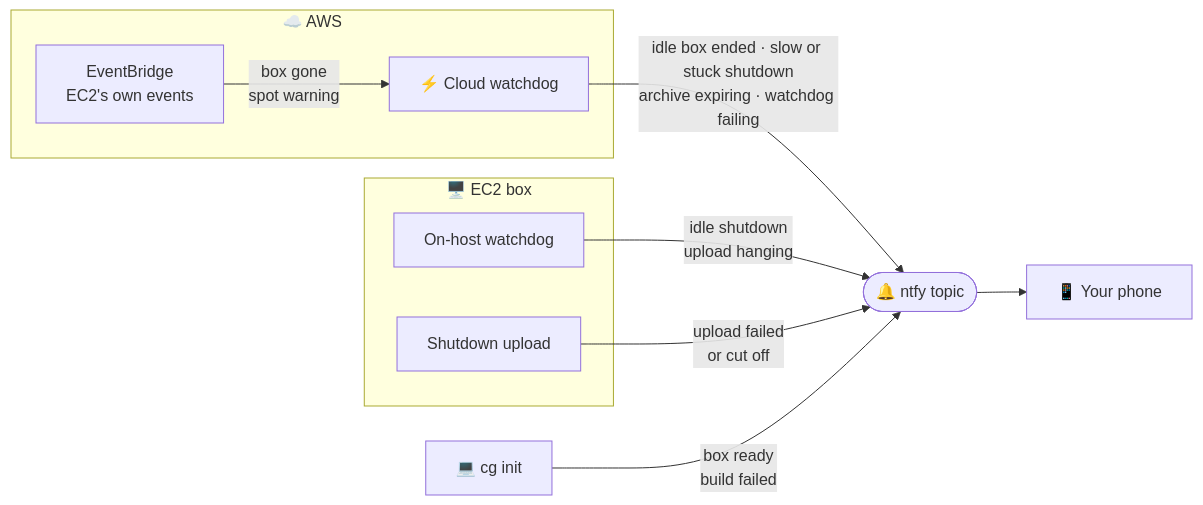
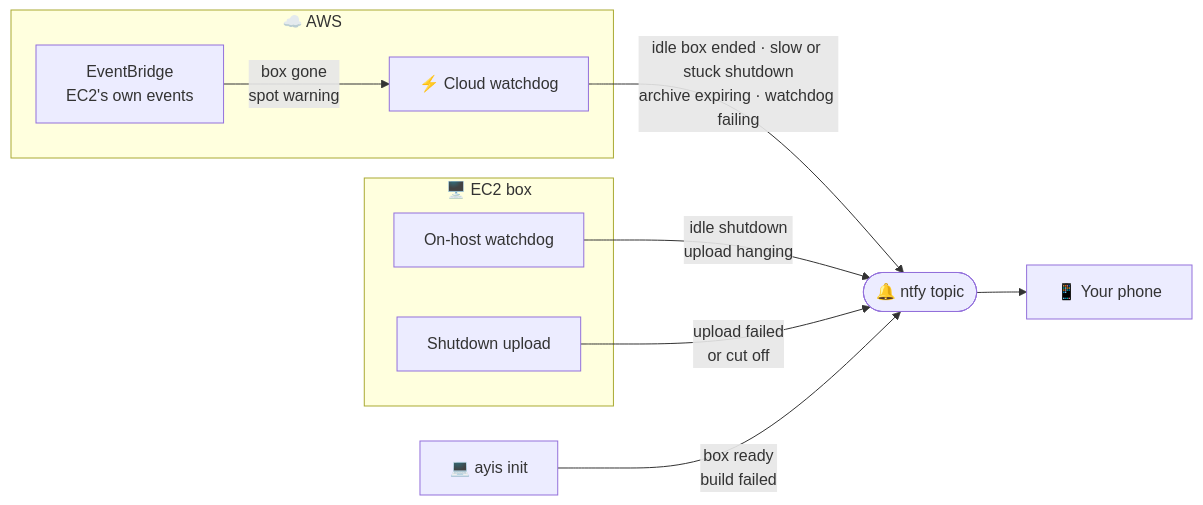
Before and after one commit to jebin2/aws_cloud_gaming: the ninth of 9 diagrams in docs/architecture.md, drawn with Mermaid. The commit also changed other lines of this file and 334 other files, not shown here.

````diff
--- a/docs/architecture.md
+++ b/docs/architecture.md
@@ -319,21 +319,21 @@
 ```mermaid
 flowchart LR
   subgraph box["🖥️ EC2 box"]
     ohw["On-host watchdog"]
     sp["Shutdown upload"]
   end
   subgraph aws["☁️ AWS"]
     ev["EventBridge<br/>EC2's own events"]
     lam["⚡ Cloud watchdog"]
   end
-  cg["💻 cg init"]
+  ayis["💻 ayis init"]
   ntfy(["🔔 ntfy topic"])
   phone["📱 Your phone"]
 
   ev -->|"box gone<br/>spot warning"| lam
   lam -->|"idle box ended · slow or stuck shutdown<br/>archive expiring · watchdog failing"| ntfy
   ohw -->|"idle shutdown<br/>upload hanging"| ntfy
   sp -->|"upload failed<br/>or cut off"| ntfy
-  cg -->|"box ready<br/>build failed"| ntfy
+  ayis -->|"box ready<br/>build failed"| ntfy
   ntfy --> phone
 ```
````
